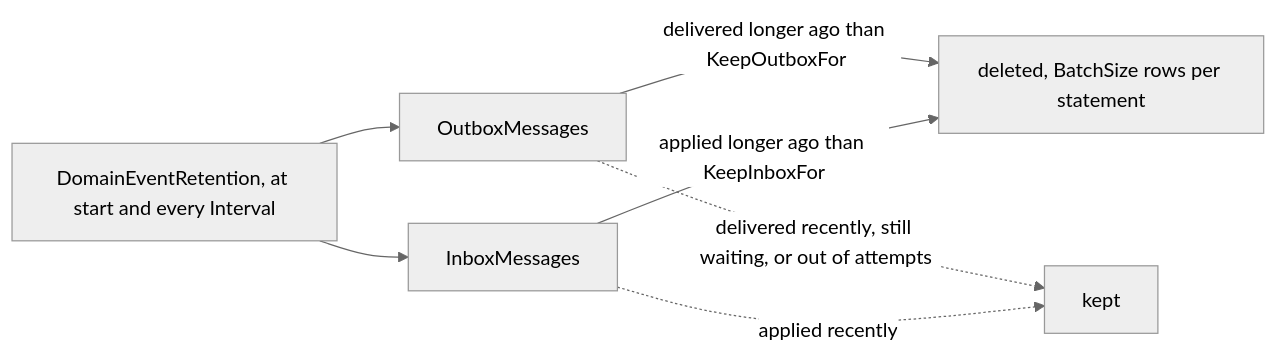
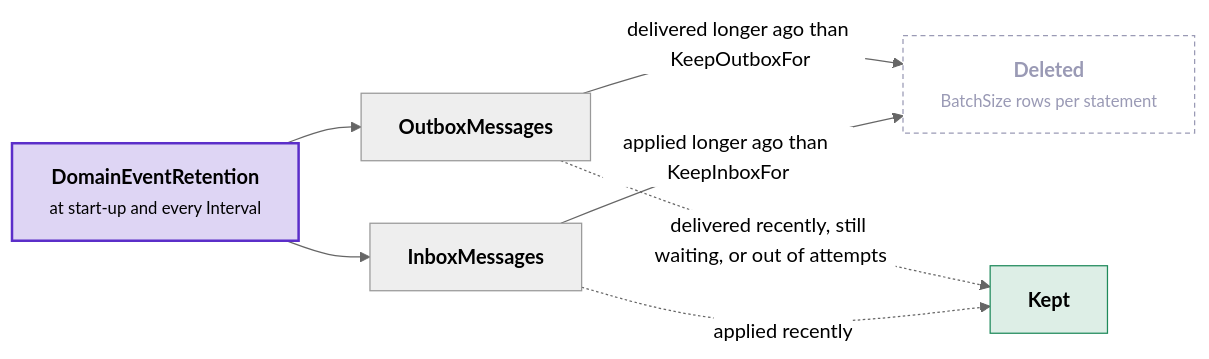
The sixth of 7 diagrams in docs/integration-events.md (DylanSnel/DDDToolkit), drawn with Mermaid (neutral theme) before and after one commit. The commit also changed other lines of this file and 41 other files, not shown here.

First line of the commit message:
Docs: plain prose, one word per concept, and readable diagrams on every page

````diff
--- a/docs/integration-events.md
+++ b/docs/integration-events.md
@@ -1047,10 +1066,20 @@
 ```mermaid
 flowchart LR
-    Run["DomainEventRetention, at start and every Interval"]
-    Run --> Outbox["OutboxMessages"]
-    Run --> Inbox["InboxMessages"]
-    Outbox -->|"delivered longer ago than KeepOutboxFor"| Gone["deleted, BatchSize rows per statement"]
-    Inbox -->|"applied longer ago than KeepInboxFor"| Gone
-    Outbox -.->|"delivered recently, still waiting, or out of attempts"| Kept["kept"]
-    Inbox -.->|"applied recently"| Kept
+    run["<b>DomainEventRetention</b><br/><small>at start-up and every Interval</small>"]
+    outbox["<b>OutboxMessages</b>"]
+    inbox["<b>InboxMessages</b>"]
+    gone["<b>Deleted</b><br/><small>BatchSize rows per statement</small>"]
+    kept["<b>Kept</b>"]
+    run --> outbox
+    run --> inbox
+    outbox -->|"delivered longer ago than KeepOutboxFor"| gone
+    inbox -->|"applied longer ago than KeepInboxFor"| gone
+    outbox -.->|"delivered recently, still waiting, or out of attempts"| kept
+    inbox -.->|"applied recently"| kept
+    classDef strong fill:#5b2ec933,stroke:#5b2ec9,stroke-width:2px
+    classDef good fill:#1f8a5b26,stroke:#1f8a5b
+    classDef muted fill:none,stroke:#9a9ab5,stroke-dasharray:4 3,color:#9a9ab5
+    class run strong
+    class kept good
+    class gone muted
 ```
````
